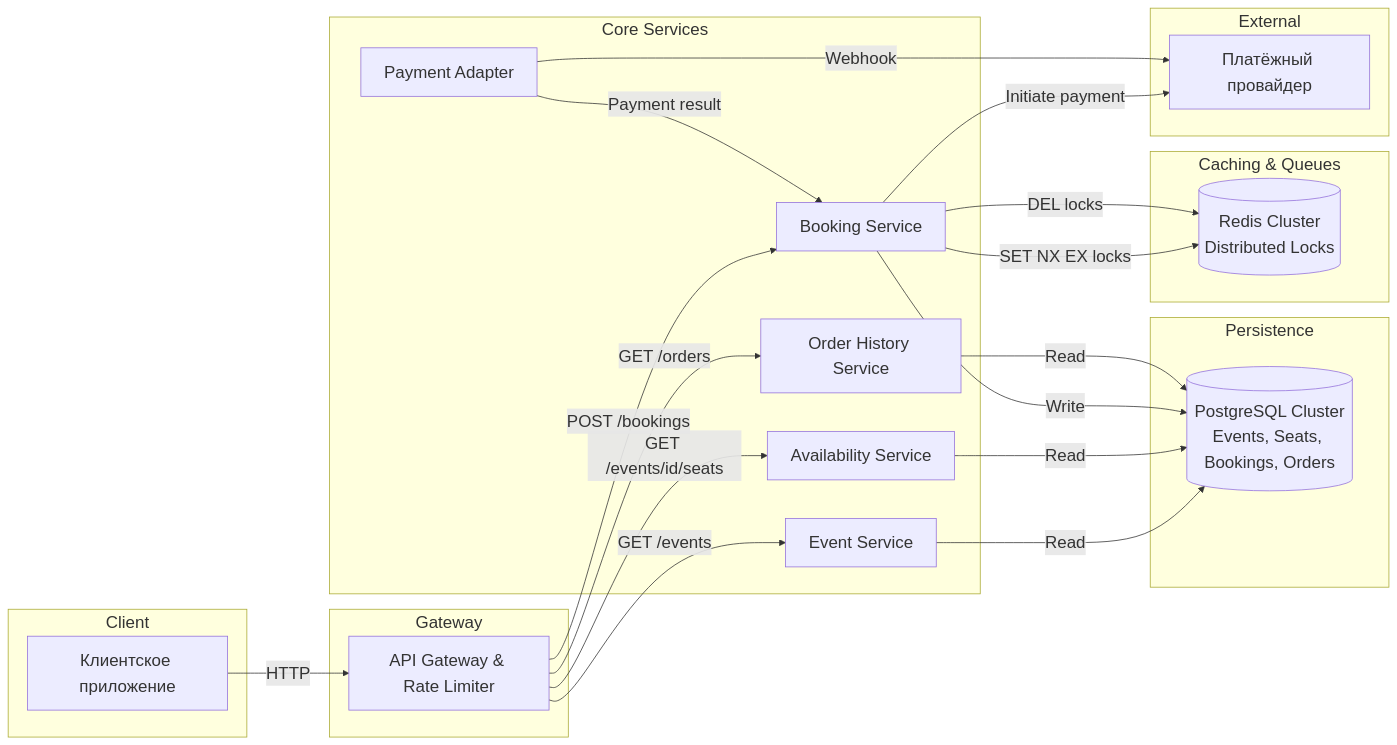
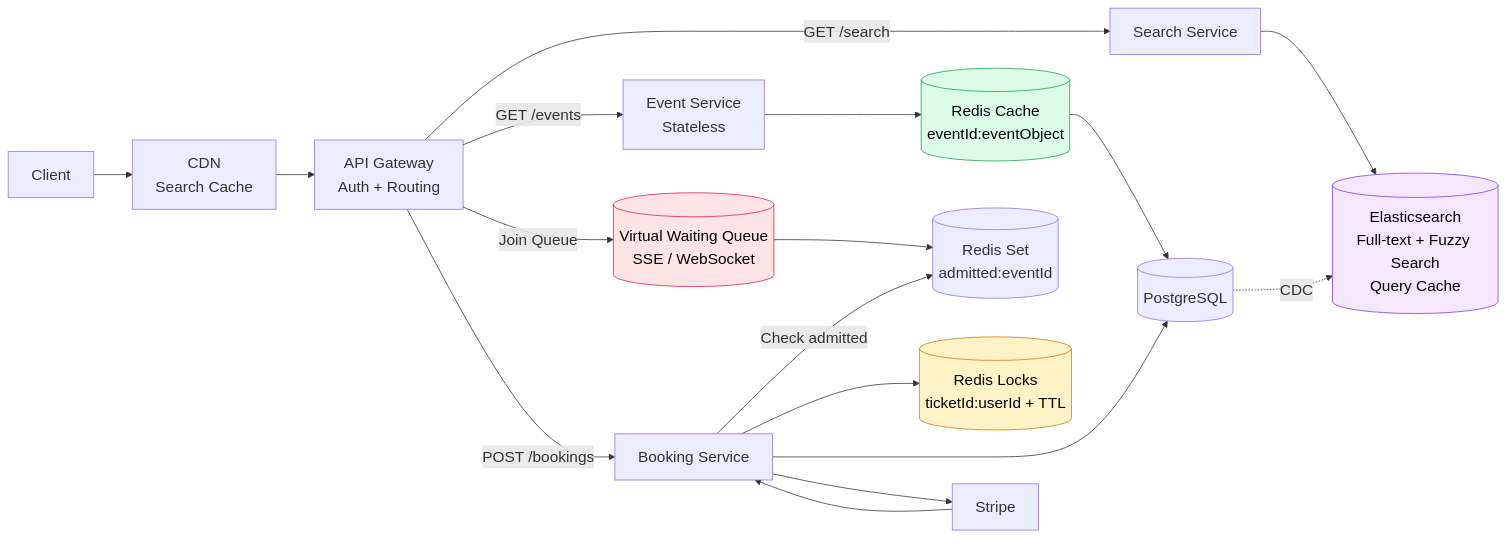
Before and after one commit to GeorgeD615/ticket-booking-service: the second of 2 diagrams in dev-solution.md, drawn with Mermaid. The commit also changed other lines of this file, not shown here.

````diff
--- a/dev-solution.md
+++ b/dev-solution.md
@@ -312,50 +329,70 @@
 ```mermaid
-%%{init: {"themeVariables": {"fontSize": "22px"}}}%%
+%%{init: {"themeVariables": {"fontSize": "20px"}}}%%
 graph LR
-  subgraph Client
-    UserApp[Клиентское приложение]
-  end
-  
-  subgraph Gateway
-    APIGateway[API Gateway & Rate Limiter]
-  end
-  
-  subgraph Core Services
-    EventService[Event Service]
-    AvailabilityService[Availability Service]
-    BookingService[Booking Service]
-    PaymentAdapter[Payment Adapter]
-    OrderHistoryService[Order History Service]
-  end
-  
-  subgraph Caching & Queues
-    RedisCache[(Redis Cluster<br/>Distributed Locks)]
-  end
 
-  subgraph Persistence
-    PostgresDB[(PostgreSQL Cluster<br/>Events, Seats, Bookings, Orders)]
-  end
-  
-  subgraph External
-    PaymentProvider[Платёжный провайдер]
-  end
+  Client[Client]
 
-  UserApp -->|HTTP| APIGateway
-  APIGateway -->|GET /events| EventService
-  APIGateway -->|GET /events/id/seats| AvailabilityService
-  APIGateway -->|POST /bookings| BookingService
-  APIGateway -->|GET /orders| OrderHistoryService
-  
-  EventService -->|Read| PostgresDB
-  AvailabilityService -->|Read| PostgresDB
-  
-  BookingService -->|SET NX EX locks| RedisCache
-  BookingService -->|DEL locks| RedisCache
-  BookingService -->|Write| PostgresDB
-  BookingService -->|Initiate payment| PaymentProvider
-  
-  PaymentAdapter -->|Webhook| PaymentProvider
-  PaymentAdapter -->|Payment result| BookingService
-  
-  OrderHistoryService -->|Read| PostgresDB
+  CDN[CDN<br/>Search Cache]
+
+  APIGW[API Gateway<br/>Auth + Routing]
+
+  EventService[Event Service<br/>Stateless]
+
+  BookingService[Booking Service]
+
+  SearchService[Search Service]
+
+  RedisCache[(Redis Cache<br/>eventId:eventObject)]
+
+  RedisLocks[(Redis Locks<br/>ticketId:userId + TTL)]
+
+  Queue[(Virtual Waiting Queue<br/>SSE / WebSocket)]
+
+  Admitted[(Redis Set<br/>admitted:eventId)]
+
+  Elasticsearch[(Elasticsearch<br/>Full-text + Fuzzy Search<br/>Query Cache)]
+
+  Postgres[(PostgreSQL)]
+
+  Stripe[Stripe]
+
+  %% Client Flow
+  Client --> CDN
+  CDN --> APIGW
+
+  %% Search
+  APIGW -->|GET /search| SearchService
+  SearchService --> Elasticsearch
+  Postgres -. CDC .-> Elasticsearch
+
+  %% Event Read Path
+  APIGW -->|GET /events| EventService
+  EventService --> RedisCache
+  RedisCache --> Postgres
+
+  %% Queue
+  APIGW -->|Join Queue| Queue
+  Queue --> Admitted
+
+  %% Booking
+  APIGW -->|POST /bookings| BookingService
+
+  BookingService -->|Check admitted| Admitted
+
+  BookingService --> RedisLocks
+  BookingService --> Postgres
+
+  BookingService --> Stripe
+  Stripe --> BookingService
+
+  %% Notes
+  Elasticsearch:::search
+  RedisLocks:::lock
+  Queue:::queue
+  RedisCache:::cache
+
+  classDef search fill:#f3e8ff,stroke:#7c3aed,color:#000;
+  classDef lock fill:#fef3c7,stroke:#d97706,color:#000;
+  classDef queue fill:#ffe4e6,stroke:#e11d48,color:#000;
+  classDef cache fill:#dcfce7,stroke:#16a34a,color:#000;
 ```
````
